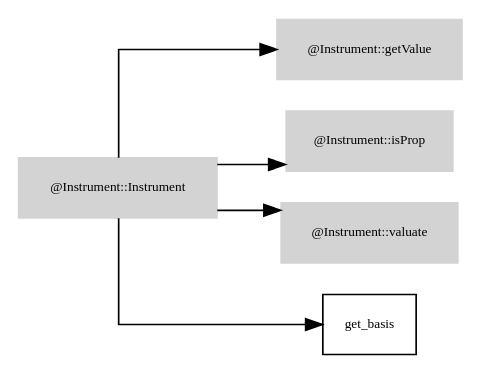
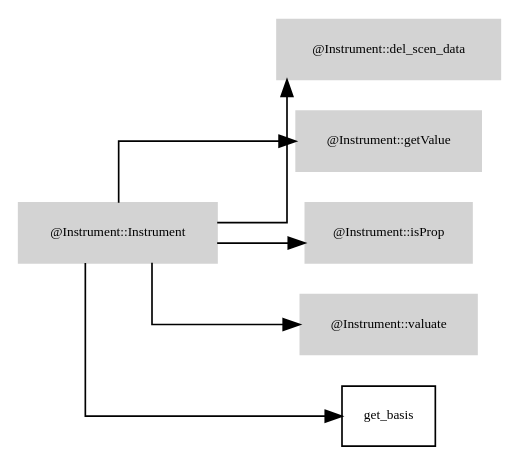
One commit to octarisk/documentation changed the diagram in graphviz_files/Instrument.dot. Above: the diagram before and after it, drawn with Graphviz. The commit also changed 12 other files, not shown here.

```diff
--- a/graphviz_files/Instrument.dot
+++ b/graphviz_files/Instrument.dot
@@ -1,24 +1,25 @@
 digraph G {
 	fontname = "Bitstream Vera Sans"
 	fontsize = 8
 	node [
 		fontname = "Bitstream Vera Sans"
 		fontsize = 8
 		shape = "record"
 	]
 	edge [
 		fontname = "Bitstream Vera Sans"
 		fontsize = 8
 	]
 	graph [splines=ortho];
 	rankdir=LR;
 	subgraph class_Instrument {
 		style=filled;
 		node [style=filled,color=lightgrey];
+		"@Instrument::Instrument" -> "@Instrument::del_scen_data"
 		"@Instrument::Instrument" -> "@Instrument::getValue"
 		"@Instrument::Instrument" -> "@Instrument::isProp"
 		"@Instrument::Instrument" -> "@Instrument::valuate"
 		label = "@Instrument";
 	}
 "@Instrument::Instrument" 	 -> 	 "get_basis"
 }
```
